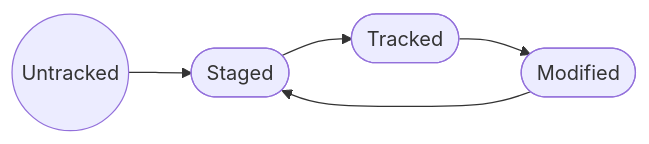
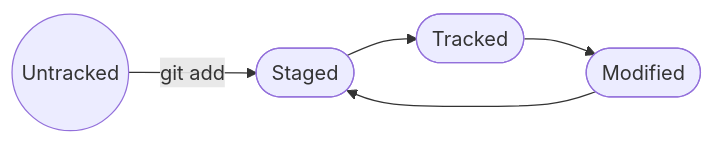
Before and after one commit to jjuiiva/homework1: the diagram in README.md, drawn with Mermaid.

Commit message:
Попытка 6 исправить неработающую схему

````diff
--- a/README.md
+++ b/README.md
@@ -84,13 +84,13 @@
 ```mermaid
 flowchart LR
 
     A((Untracked))
     B([Staged])
     C([Modified])
     D([Tracked])
 
-    A --> B
+    A --git add--> B
     B --> D
     D --> C
     C --> B
 ```
````
